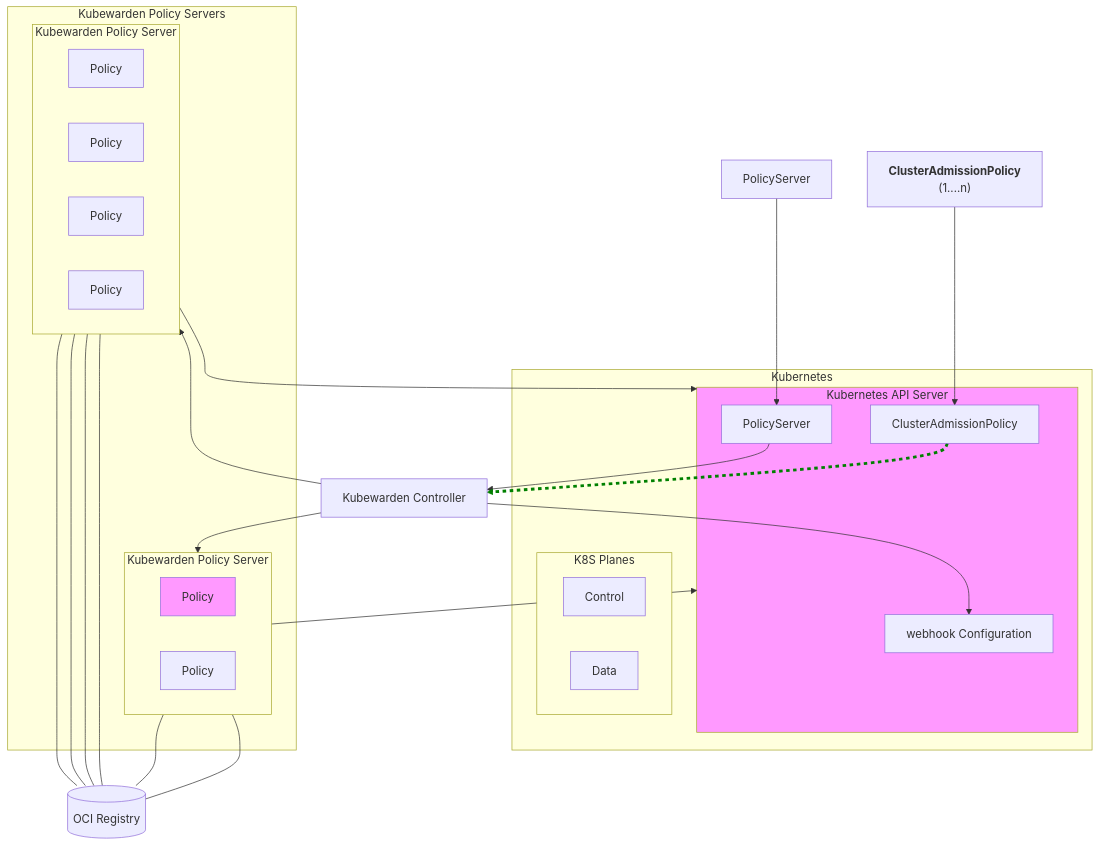
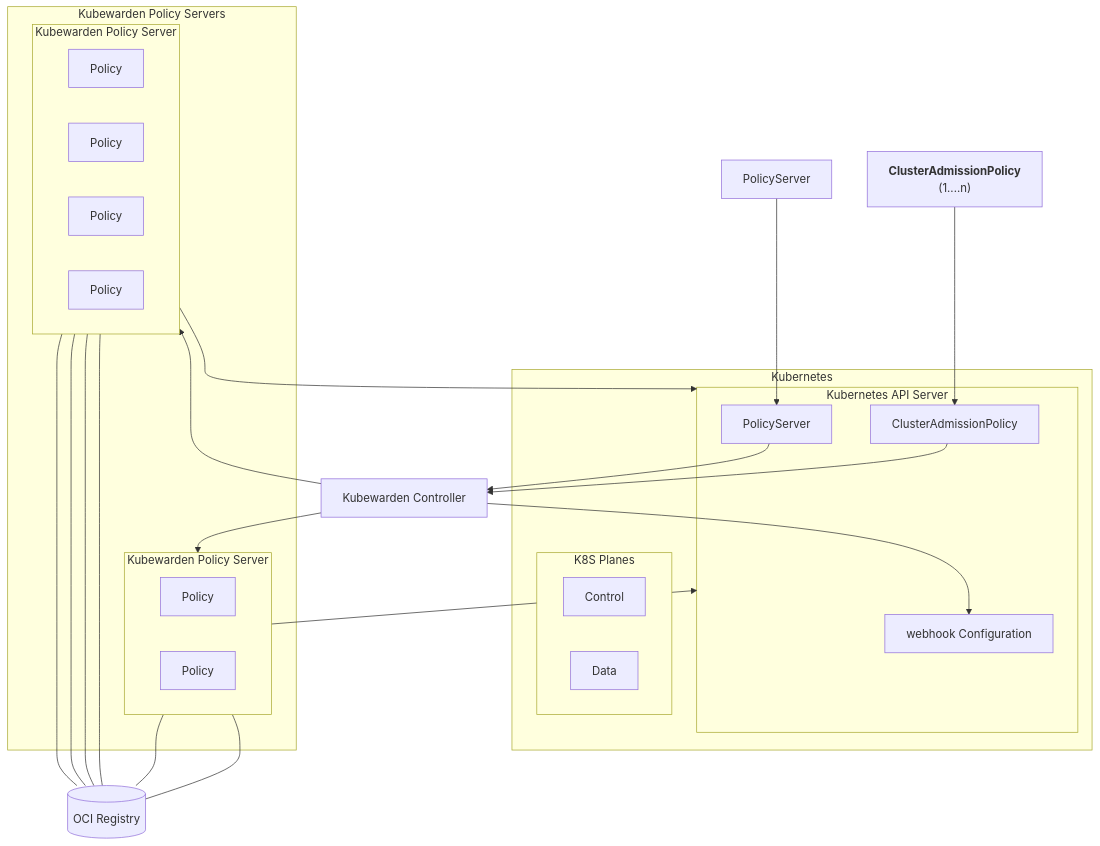
The first of 2 diagrams in docs/kubewarden-use-case/kw-arch.md (jhkrug/hw-diag), drawn with Mermaid before and after one commit. The commit also changed other lines of this file and 5 other files, not shown here.

Commit message:
Finished for Tuesday, added some simple PlantUML

````diff
--- a/docs/kubewarden-use-case/kw-arch.md
+++ b/docs/kubewarden-use-case/kw-arch.md
@@ -47,54 +47,51 @@
 ```mermaid
 %%{init: {"flowchart": {"htmlLabels": false}} }%%
 graph TB
     kubewarden_controller[Kubewarden Controller]
     subgraph k8s[Kubernetes]
       subgraph kubernetes_api_server[Kubernetes API Server]
           policy_server_in[PolicyServer]
           cluster_admission_policy_in[ClusterAdmissionPolicy]
           webhook_configuration[webhook Configuration]
       end
       subgraph planes[K8S Planes]
       k8s_control_plane[Control]
       k8s_data_plane[Data]
       end
     end
     policy_server_out[PolicyServer]
     cluster_admission_policy_out["`**ClusterAdmissionPolicy**<br/>(1....n)`"]
     cluster_admission_policy_in[ClusterAdmissionPolicy]
     kubewarden_policy_server_1[Kubewarden Policy Server]
     kubewarden_policy_server_2[Kubewarden Policy Server]
     oci_registry[(OCI Registry)]
     policy_server_out --> policy_server_in
     cluster_admission_policy_out --> cluster_admission_policy_in
     policy_server_in --> kubewarden_controller
     cluster_admission_policy_in --> kubewarden_controller
     kubewarden_controller --> webhook_configuration
     kubewarden_controller --> kubewarden_policy_server_1
     kubewarden_controller --> kubewarden_policy_server_2
     subgraph kwps [Kubewarden Policy Servers]
       subgraph kubewarden_policy_server_1[Kubewarden Policy Server]
           direction LR
           policy_1[Policy]
           policy_2[Policy]
       end
       subgraph kubewarden_policy_server_2[Kubewarden Policy Server]
           direction LR
           policy_3[Policy]
           policy_4[Policy]
           policy_5[Policy]
           policy_6[Policy]
       end
     end
     policy_1 --- oci_registry
     policy_2 --- oci_registry
     policy_3 --- oci_registry
     policy_4 --- oci_registry
     policy_5 --- oci_registry
     policy_6 --- oci_registry
     kubewarden_policy_server_1 --> kubernetes_api_server
     kubewarden_policy_server_2 --> kubernetes_api_server
-    style policy_1 fill:#f9f
-    style kubernetes_api_server fill:#f9f
-    linkStyle 3 stroke:green,stroke-width:4px,stroke-dasharray: 5 5
 ```
````
